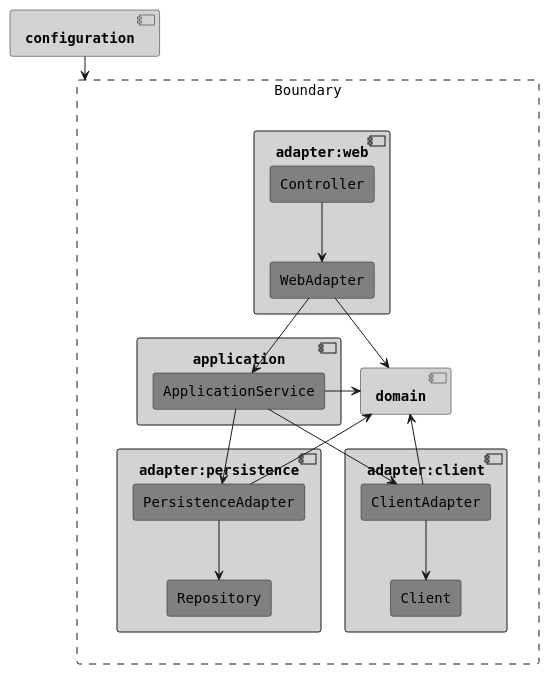
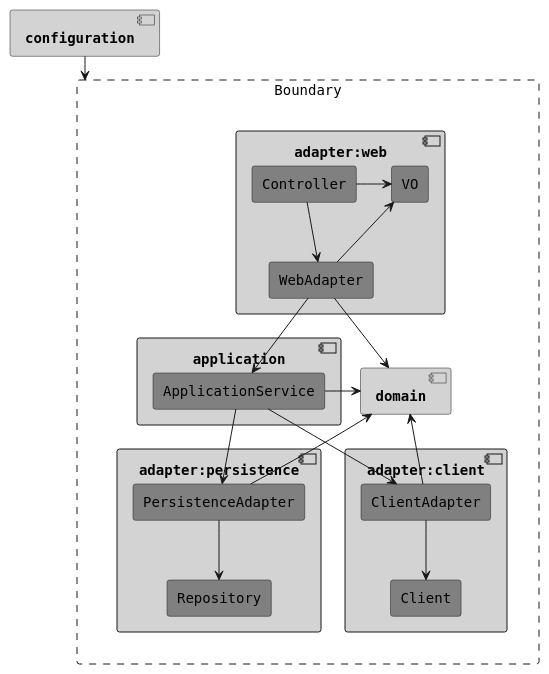
The diagram in README.md (macdao/hands-on-clean-architecture-template-ling), drawn with PlantUML before and after one commit. The commit also changed other lines of this file, not shown here.

Commit message:
chore: update architecture diagram

````diff
--- a/README.md
+++ b/README.md
@@ -10,48 +10,51 @@
 ```plantuml
 @startuml
 skinparam defaultFontName Fira Code, Monospaced
 skinparam RectangleBorderStyle<<Boundary>> dashed
 skinparam RectangleBackgroundColor<<Boundary>> White
 skinparam RectangleFontStyle<<Boundary>> normal
 skinparam RectangleBackgroundColor Gray
 skinparam ComponentBackgroundColor LightGray
 skinparam ComponentFontStyle bold
 hide <<Boundary>> stereotype
 
 rectangle Boundary <<Boundary>> {
   component application {
     rectangle ApplicationService
   }
 
   component adapter:web {
     rectangle Controller
     rectangle WebAdapter
     Controller --> WebAdapter
+    rectangle VO
+    Controller -> VO
+    VO <-- WebAdapter
   }
   WebAdapter --> ApplicationService
 
   component adapter:persistence {
     rectangle Repository
     rectangle PersistenceAdapter
     PersistenceAdapter --> Repository 
   }
   ApplicationService --> PersistenceAdapter
 
   component adapter:client {
     rectangle Client
     rectangle ClientAdapter
     ClientAdapter --> Client 
   }
   ApplicationService --> ClientAdapter
 
   ApplicationService -> [domain]
   WebAdapter --> [domain]
   [domain] <-- PersistenceAdapter
   [domain] <-- ClientAdapter
 }
 
 
 [configuration] --> Boundary  
 
 @enduml
 ```
````
